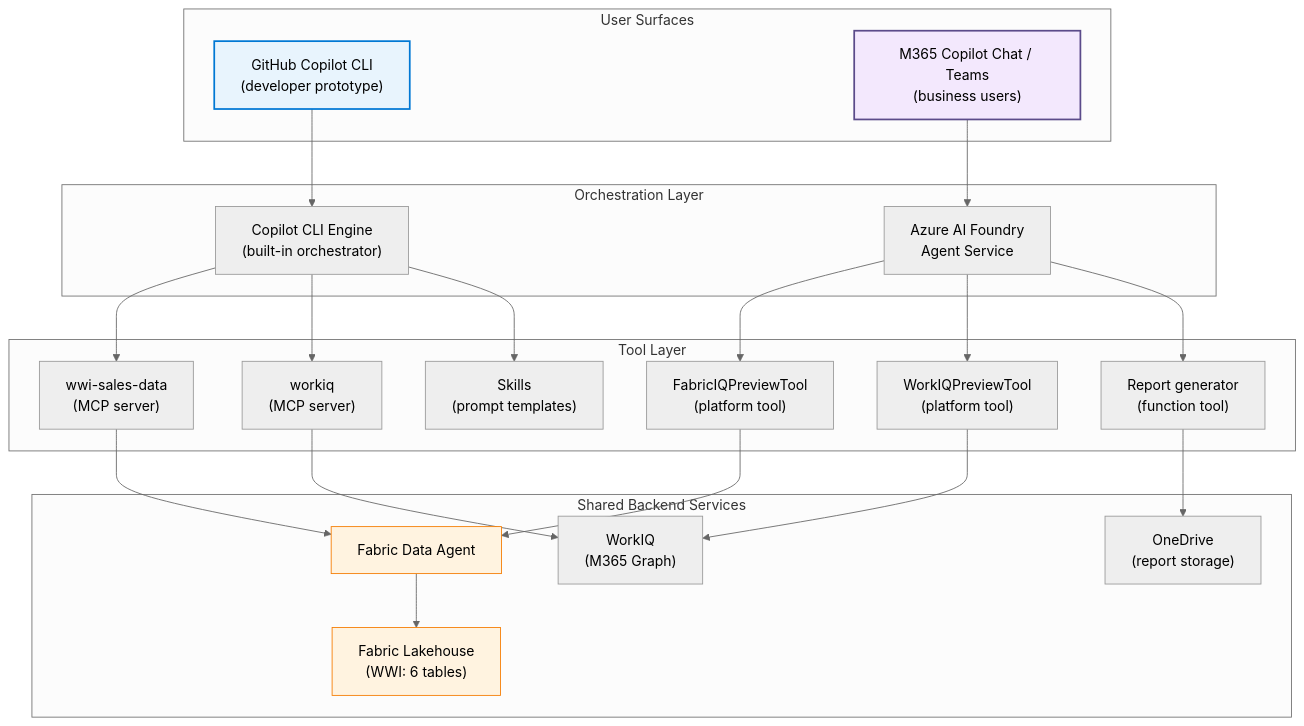
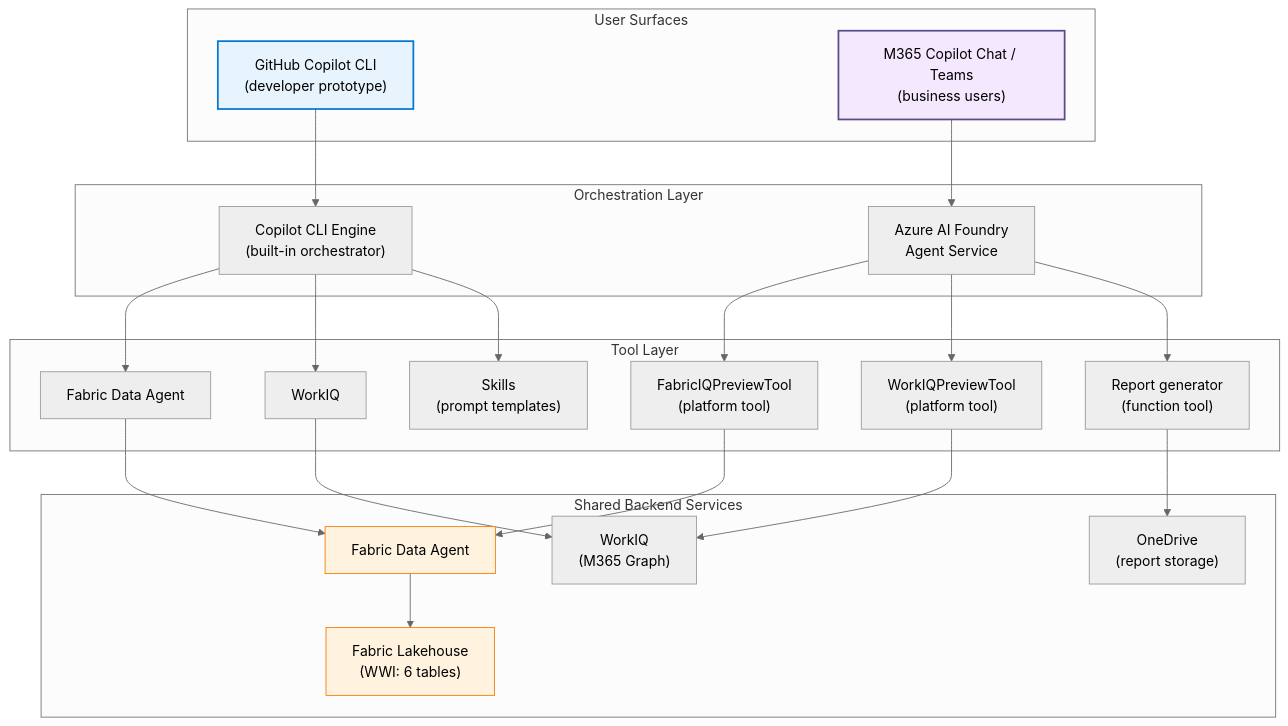
One commit to ericchansen/agent-demo-dev changed the diagram in website/docs/architecture/system-overview.md. Above: the diagram before and after it, drawn with Mermaid (neutral theme). The commit also changed 4 other files, not shown here.

First line of the commit message:
fix: clean up diagram labels across all docs

````diff
--- a/website/docs/architecture/system-overview.md
+++ b/website/docs/architecture/system-overview.md
@@ -12,53 +12,53 @@
 ```mermaid
 flowchart TB
     subgraph User["User Surfaces"]
         CLI["GitHub Copilot CLI\n(developer prototype)"]
         M365["M365 Copilot Chat / Teams\n(business users)"]
     end
 
     subgraph Orchestration["Orchestration Layer"]
         CopilotEngine["Copilot CLI Engine\n(built-in orchestrator)"]
         FoundryAgent["Azure AI Foundry\nAgent Service"]
     end
 
     subgraph Tools["Tool Layer"]
-        MCP_FDA["wwi-sales-data\n(MCP server)"]
-        MCP_WIQ["workiq\n(MCP server)"]
+        MCP_FDA["Fabric Data Agent"]
+        MCP_WIQ["WorkIQ"]
         Skills["Skills\n(prompt templates)"]
         FIQ["FabricIQPreviewTool\n(platform tool)"]
         WIQT["WorkIQPreviewTool\n(platform tool)"]
         ReportFunc["Report generator\n(function tool)"]
     end
 
     subgraph Backend["Shared Backend Services"]
         DA["Fabric Data Agent"]
         LH["Fabric Lakehouse\n(WWI: 6 tables)"]
         WIQ["WorkIQ\n(M365 Graph)"]
         OD["OneDrive\n(report storage)"]
     end
 
     CLI --> CopilotEngine
     M365 --> FoundryAgent
 
     CopilotEngine --> MCP_FDA
     CopilotEngine --> MCP_WIQ
     CopilotEngine --> Skills
 
     FoundryAgent --> FIQ
     FoundryAgent --> WIQT
     FoundryAgent --> ReportFunc
 
     MCP_FDA --> DA
     FIQ --> DA
     DA --> LH
 
     MCP_WIQ --> WIQ
     WIQT --> WIQ
 
     ReportFunc --> OD
 
     style CLI fill:#e8f4fd,stroke:#0078d4,stroke-width:2px
     style M365 fill:#f3e8fd,stroke:#5B4B8A,stroke-width:2px
     style DA fill:#fff3e0,stroke:#F57C00
     style LH fill:#fff3e0,stroke:#F57C00
 ```
````
